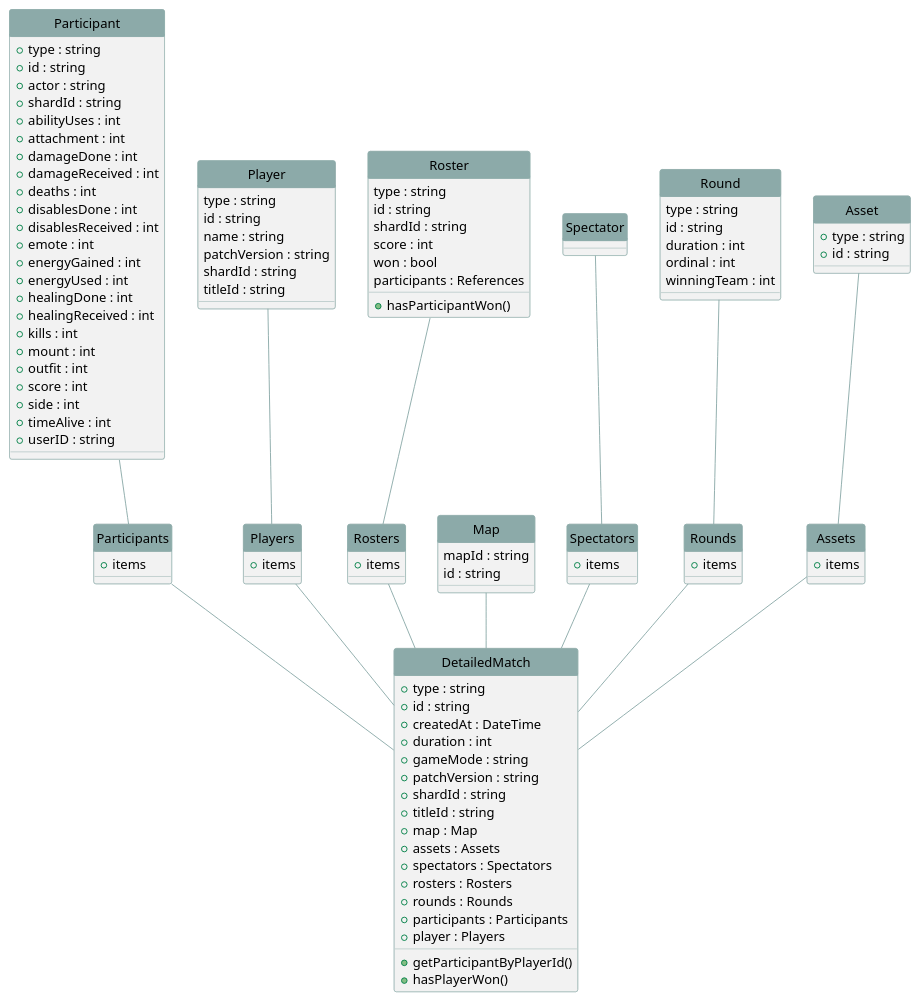
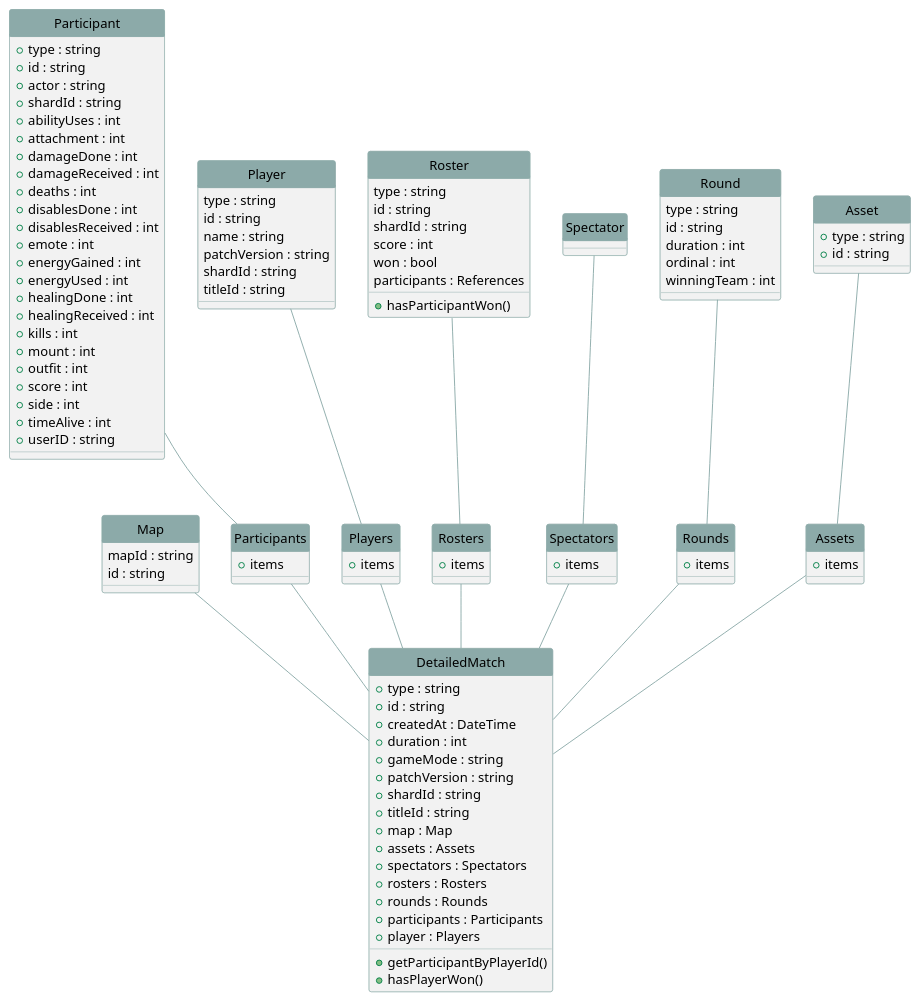
Before and after one commit to PtrTn/battlerite-sdk: the diagram in docs/puml/DetailedMatch.puml, drawn with PlantUML. The commit also changed other lines of this file, not shown here.

Commit message:
Moved uml entities to make more sense

```diff
--- a/docs/puml/DetailedMatch.puml
+++ b/docs/puml/DetailedMatch.puml
@@ -3,124 +3,124 @@
 @startuml
 hide circle
 skinparam Class {
 	BackgroundColor #F2F2F2
 	ArrowColor #8CAAA9
 	ArrowFontColor #8CAAA9
 	ArrowFontSize 20
 	BorderColor #8CAAA9
 	HeaderBackgroundColor #8CAAA9
 }
 skinparam backgroundcolor transparent
 
 Assets -- DetailedMatch
+Map -- DetailedMatch
 Participants -- DetailedMatch
 Players -- DetailedMatch
 Rosters -- DetailedMatch
-Map -- DetailedMatch
 Spectators -- DetailedMatch
 Rounds -- DetailedMatch
 
 Asset -- Assets
 Player -- Players
 Participant -- Participants
 Roster -- Rosters
 Spectator -- Spectators
 Round -- Rounds
 
 Class DetailedMatch {
  +type : string
  +id : string
  +createdAt : DateTime
  +duration : int
  +gameMode : string
  +patchVersion : string
  +shardId : string
  +titleId : string
  +map : Map
  +assets : Assets
  +spectators : Spectators
  +rosters : Rosters
  +rounds : Rounds
  +participants : Participants
  +player : Players
  +getParticipantByPlayerId()
  +hasPlayerWon()
 }
 class Assets {
  +items
 }
 class Asset {
  +type : string
  +id : string
 }
 class Participants {
  +items
 }
 class Participant {
  +type : string
  +id : string
  +actor : string
  +shardId : string
  +abilityUses : int
  +attachment : int
  +damageDone : int
  +damageReceived : int
  +deaths : int
  +disablesDone : int
  +disablesReceived : int
  +emote : int
  +energyGained : int
  +energyUsed : int
  +healingDone : int
  +healingReceived : int
  +kills : int
  +mount : int
  +outfit : int
  +score : int
  +side : int
  +timeAlive : int
  +userID : string
 }
 class Players {
  +items
 }
 class Player {
  type : string
  id : string
  name : string
  patchVersion : string
  shardId : string
  titleId : string
 }
 class Rosters {
  +items
 }
 class Roster {
  type : string
  id : string
  shardId : string
  score : int
  won : bool
  participants : References
  +hasParticipantWon()
 }
 class Map {
  mapId : string
  id : string
 }
 class Spectators {
  +items
 }
 class Spectator {
 }
 class Rounds {
  +items
 }
 class Round {
  type : string
  id : string
  duration : int
  ordinal : int
  winningTeam : int
 }
 @enduml
```
